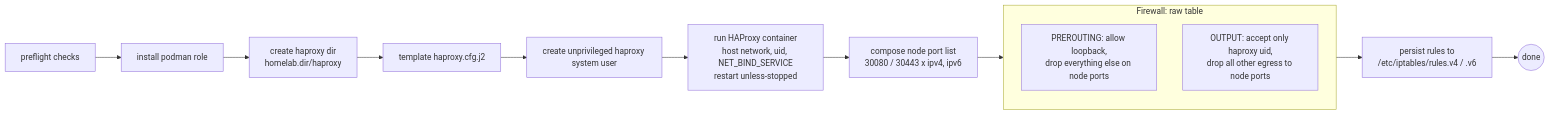
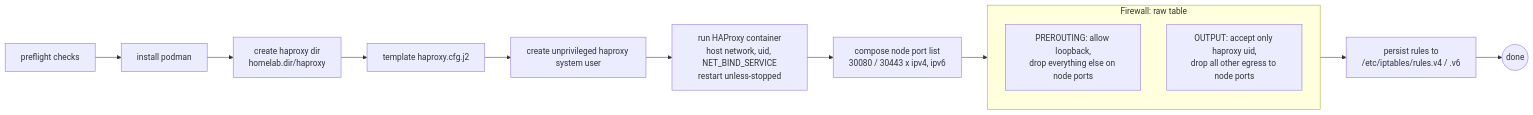
The diagram in ansible/roles/reverse_proxy/README.md (this-oliver/homelab), drawn with Mermaid before and after one commit. The commit also changed other lines of this file and 8 other files, not shown here.

Commit message:
fix(reverse-proxy): merge podman role into reverse_proxy role (#39)

````diff
--- a/ansible/roles/reverse_proxy/README.md
+++ b/ansible/roles/reverse_proxy/README.md
@@ -19,18 +19,18 @@
 ```mermaid
 flowchart LR
-    pre[preflight checks] --> podman[install podman role]
+    pre[preflight checks] --> podman[install podman]
     podman --> dir[create haproxy dir<br/>homelab.dir/haproxy]
     dir --> cfg[template haproxy.cfg.j2]
     cfg --> user[create unprivileged haproxy system user]
     user --> run[run HAProxy container<br/>host network, uid, NET_BIND_SERVICE<br/>restart unless-stopped]
     run --> rules[compose node port list<br/>30080 / 30443 x ipv4, ipv6]
     rules --> fw[iptables lockdown]
 
     subgraph fw[Firewall: raw table]
         loop[PREROUTING: allow loopback,<br/>drop everything else on node ports]
         out[OUTPUT: accept only haproxy uid,<br/>drop all other egress to node ports]
     end
 
     fw --> persist[persist rules to<br/>/etc/iptables/rules.v4 / .v6]
     persist --> done((done))
 ```
````
